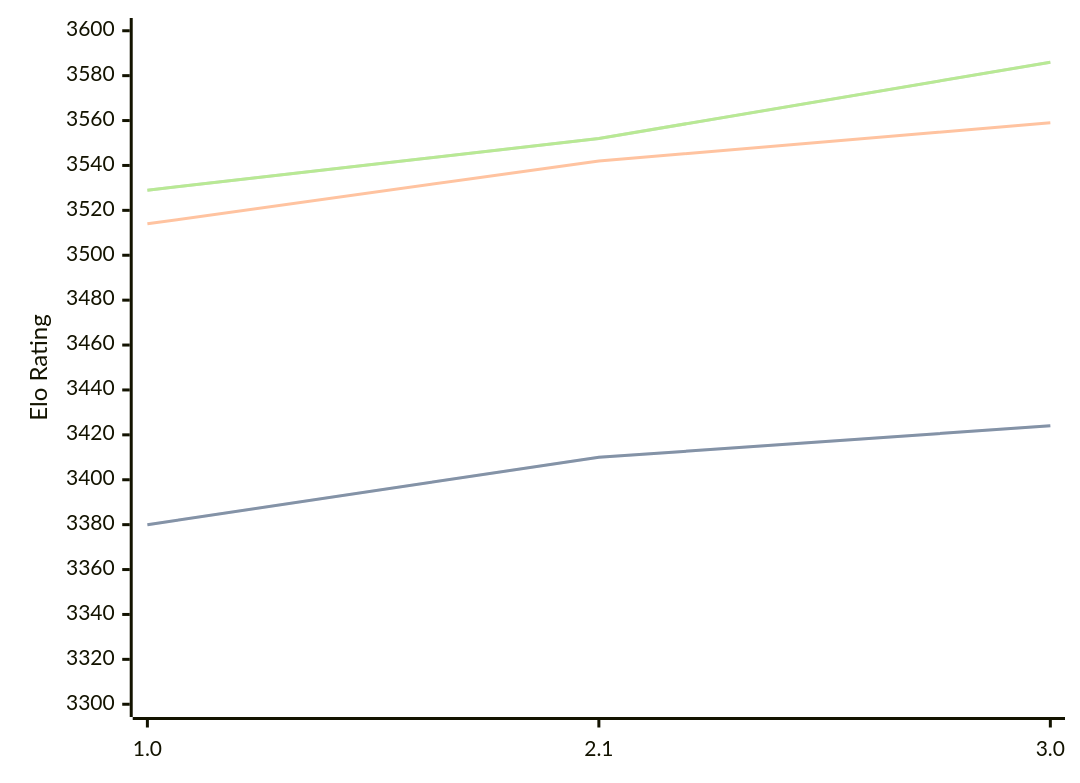
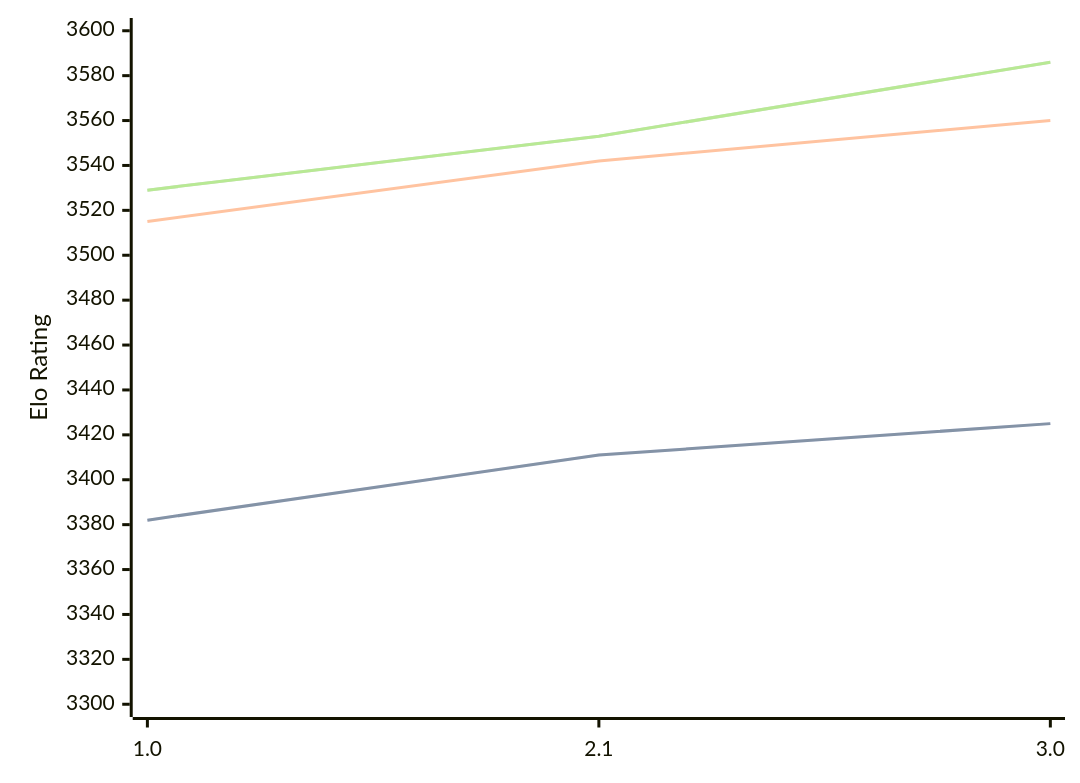
Before and after one commit to computer-chess-index/cci: the diagram in engines/Hobbes.md, drawn with Mermaid. The commit also changed other lines of this file, not shown here.

Commit message:
Update CCI Ratings (ELO VLTC) - 2026-09-27

````diff
--- a/engines/Hobbes.md
+++ b/engines/Hobbes.md
@@ -33,11 +33,11 @@
 ```mermaid
 %%{init: {"theme":"base","themeVariables":{"seriesColors:['#a3a3a3','#222221','#faa371']}}}%%
 xychart-beta
   x-axis ["1.0", "2.1", "3.0"]
   y-axis "Elo Rating" 3300 --> 3600
-  line "" [3380, 3410, 3424]
-  line "STC (8.0+0.08s)" [3380, 3410, 3424]
-  line "LTC (60.0+0.60s)" [3514, 3542, 3559]
-  line "" [3529, 3552, 3586]
-  line "VLTC (2m24s+1.12s)" [3529, 3552, 3586]
+  line "" [3382, 3411, 3425]
+  line "STC (8.0+0.08s)" [3382, 3411, 3425]
+  line "LTC (60.0+0.60s)" [3515, 3542, 3560]
+  line "" [3529, 3553, 3586]
+  line "VLTC (2m24s+1.12s)" [3529, 3553, 3586]
 ```
````
